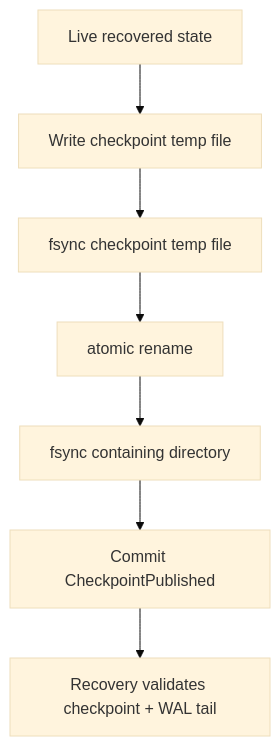
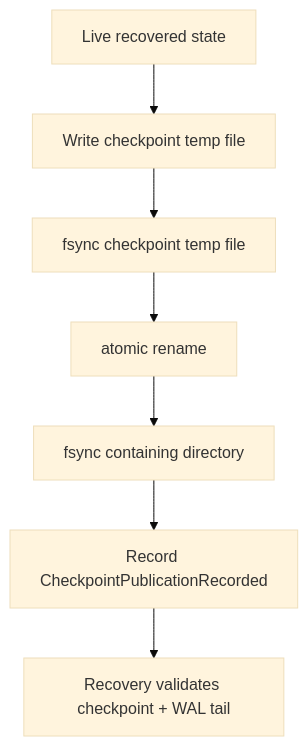
Before and after one commit to flyingrobots/echo: diagram 14 of 15 in docs/design/causal-wal-end-to-end.md, drawn with Mermaid (base theme). The commit also changed other lines of this file and 4 other files, not shown here.

````diff
--- a/docs/design/causal-wal-end-to-end.md
+++ b/docs/design/causal-wal-end-to-end.md
@@ -631,12 +803,12 @@
 ```mermaid
 flowchart TD
     Live[Live recovered state]
     Temp[Write checkpoint temp file]
     FsyncTemp[fsync checkpoint temp file]
     Rename[atomic rename]
     FsyncDir[fsync containing directory]
-    WalRecord[Commit CheckpointPublished]
+    WalRecord[Record CheckpointPublicationRecorded]
     Recover[Recovery validates checkpoint + WAL tail]
 
     Live --> Temp --> FsyncTemp --> Rename --> FsyncDir --> WalRecord --> Recover
 ```
````
